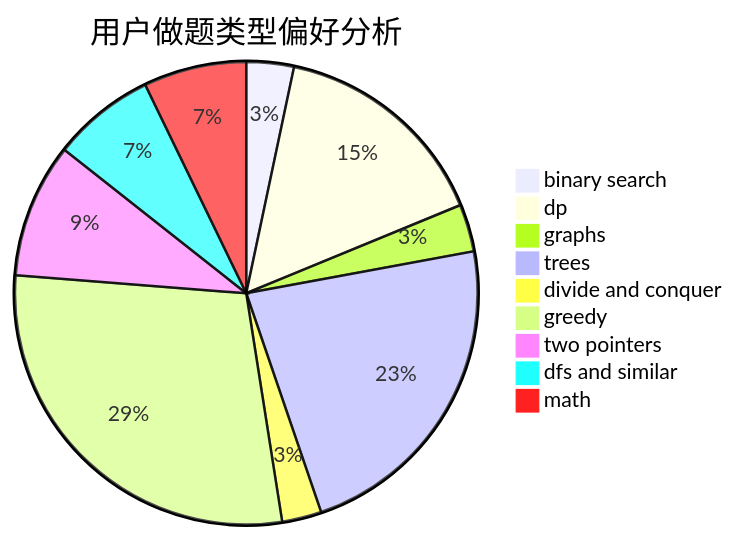
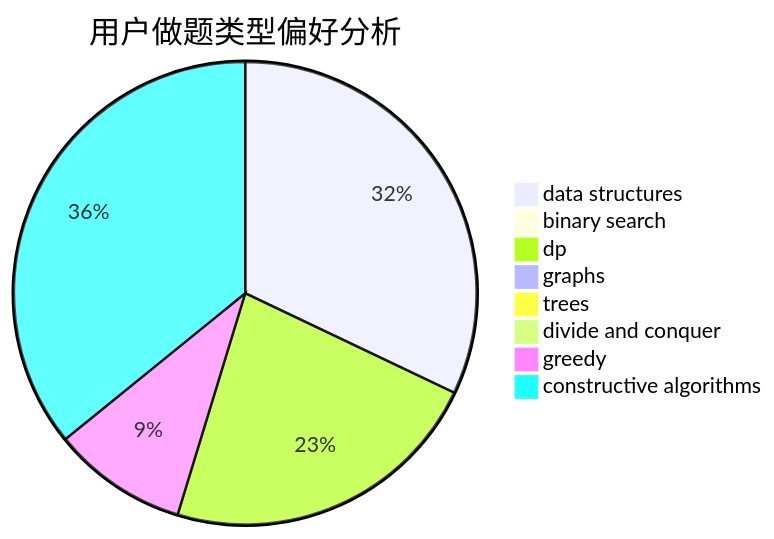
One commit to sherpahu/cfrs.github.io changed the second of 3 diagrams in docs/user/u524.md. Above: the diagram before and after it, drawn with Mermaid. The commit also changed other lines of this file and 2775 other files, not shown here.

````diff
--- a/docs/user/u524.md
+++ b/docs/user/u524.md
@@ -23,12 +23,11 @@
 ```mermaid
 pie title 用户做题类型偏好分析
-    "binary search" :  6
-    "dp" :  28
-    "graphs" :  6
-    "trees" :  41
-    "divide and conquer" :  5
-    "greedy" :  52
-    "two pointers" :  17
-    "dfs and similar" :  13
-    "math" :  13
+    "data structures" :  17
+    "binary search" :  0
+    "dp" :  12
+    "graphs" :  0
+    "trees" :  0
+    "divide and conquer" :  0
+    "greedy" :  5
+    "constructive algorithms" :  19
 ```
````
